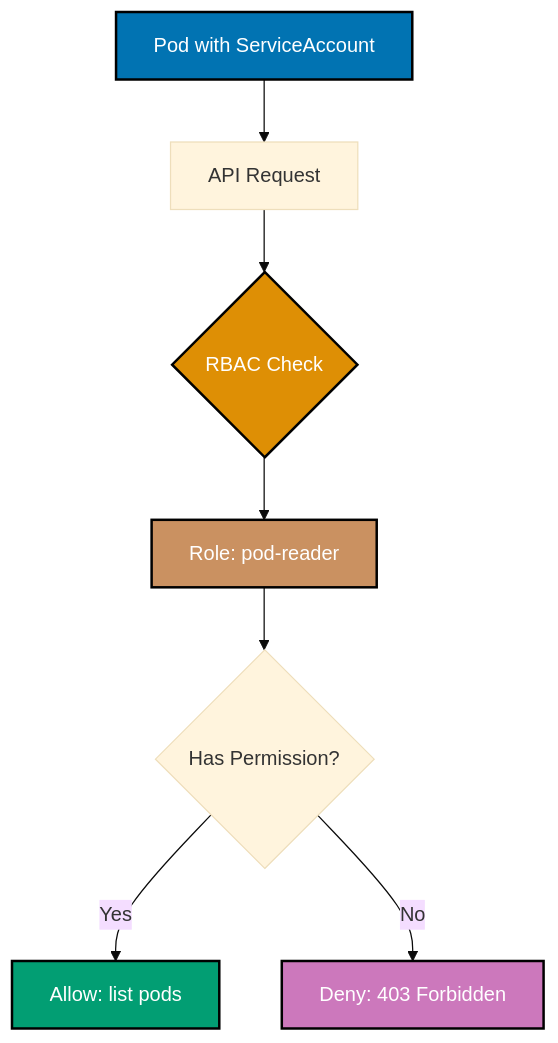
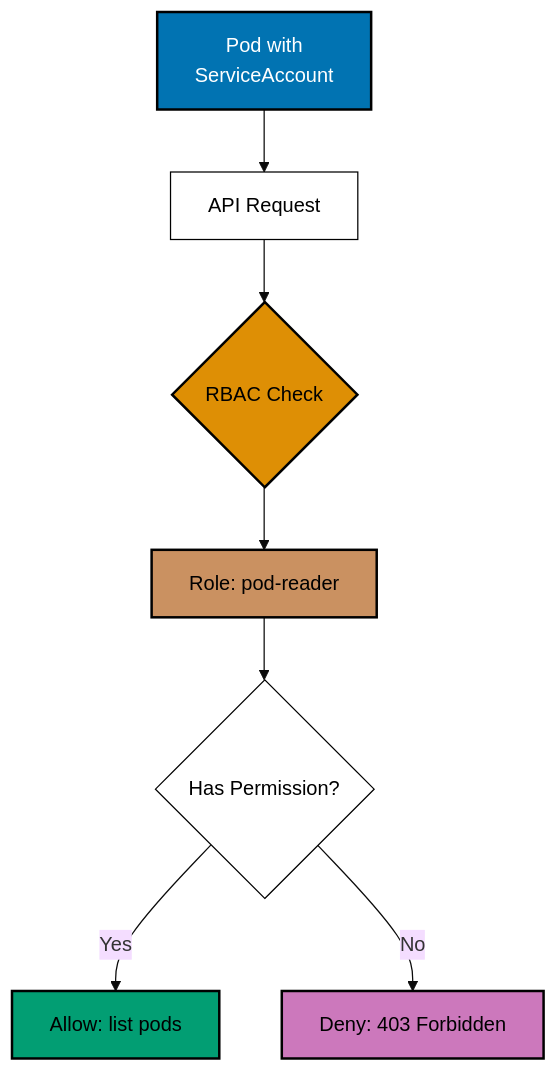
One commit to wahidyankf/ose-public changed the first of 14 diagrams in apps/ayokoding-www/content/en/learn/legacy/software-engineering/infrastructure/tools/kubernetes/by-example/advanced.md. Above: the diagram before and after it, drawn with Mermaid (base theme). The commit also changed other lines of this file and 131 other files, not shown here.

First line of the commit message:
fix(mermaid): bring the legacy data, infrastructure, and testing diagrams onto the accessible palette

````diff
--- a/apps/ayokoding-www/content/en/learn/legacy/software-engineering/infrastructure/tools/kubernetes/by-example/advanced.md
+++ b/apps/ayokoding-www/content/en/learn/legacy/software-engineering/infrastructure/tools/kubernetes/by-example/advanced.md
@@ -34,17 +34,25 @@
 ```mermaid
 %% Color Palette: Blue #0173B2, Orange #DE8F05, Teal #029E73, Purple #CC78BC, Brown #CA9161
 %% RBAC authorization flow
 graph TD
- A[Pod with ServiceAccount] --> B[API Request]
+ accTitle: Example 58: ServiceAccount and RBAC Basics
+ accDescr: Graph with 7 nodes and 6 connections. Nodes: Pod with ServiceAccount, API Request, RBAC Check, Role: pod-reader, Has Permission?, Allow: list pods, Deny: 403 Forbidden. Connections: Pod with ServiceAccount to API Request, API Request to RBAC Check, RBAC Check to Role: pod-reader, Role: pod-reader to Has Permission?, Has Permission? to Allow: list pods (Yes), Has Permission? to Deny: 403 Forbidden (No).
+ A[Pod with<br/>ServiceAccount] --> B[API Request]
  B --> C{RBAC Check}
  C --> D[Role: pod-reader]
  D --> E{Has Permission?}
  E -->|Yes| F[Allow: list pods]
  E -->|No| G[Deny: 403 Forbidden]
 
- style A fill:#0173B2,stroke:#000000,stroke-width:2px,color:#fff
- style C fill:#DE8F05,stroke:#000000,stroke-width:2px,color:#fff
- style D fill:#CA9161,stroke:#000000,stroke-width:2px,color:#fff
- style F fill:#029E73,stroke:#000000,stroke-width:2px,color:#fff
- style G fill:#CC78BC,stroke:#000000,stroke-width:2px,color:#fff
+ classDef pal-0173B2 fill:#0173B2,stroke:#000000,color:#FFFFFF,stroke-width:2px
+ class A pal-0173B2
+ classDef pal-DE8F05 fill:#DE8F05,stroke:#000000,color:#000000,stroke-width:2px
+ class C pal-DE8F05
+ classDef pal-CA9161 fill:#CA9161,stroke:#000000,color:#000000,stroke-width:2px
+ class D pal-CA9161
+ classDef pal-029E73 fill:#029E73,stroke:#000000,color:#000000,stroke-width:2px
+ class F pal-029E73
+ classDef pal-CC78BC fill:#CC78BC,stroke:#000000,color:#000000,stroke-width:2px
+ class G pal-CC78BC
+ classDef default fill:#FFFFFF,stroke:#000000,color:#000000
 ```
````
